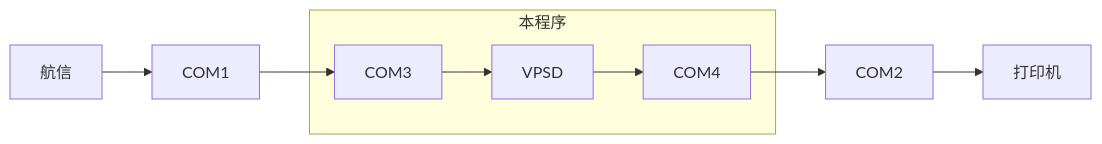
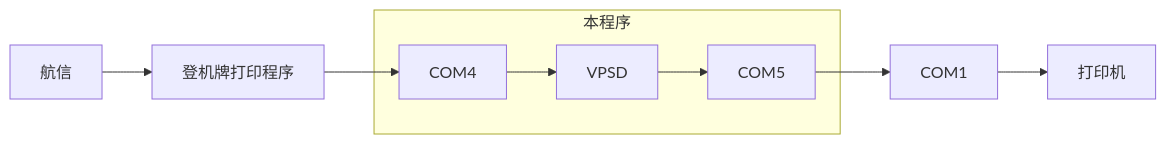
The second of 5 diagrams in zh-CN/gallery/bpp.md (changweihua/changweihua.github.io), drawn with Mermaid before and after one commit. The commit also changed other lines of this file and 5 other files, not shown here.

````diff
--- a/zh-CN/gallery/bpp.md
+++ b/zh-CN/gallery/bpp.md
@@ -32,11 +32,11 @@
 ```mermaid
 graph LR
-    A[航信] --> B[COM1]
-    B --> C[COM3]
+    A[航信] --> B[登机牌打印程序]
+    B --> C[COM4]
     subgraph 本程序
         C --> G[VPSD]
-        G --> D[COM4]
+        G --> D[COM5]
     end
-    D --> E[COM2]
+    D --> E[COM1]
     E --> F[打印机]
 ```
````
